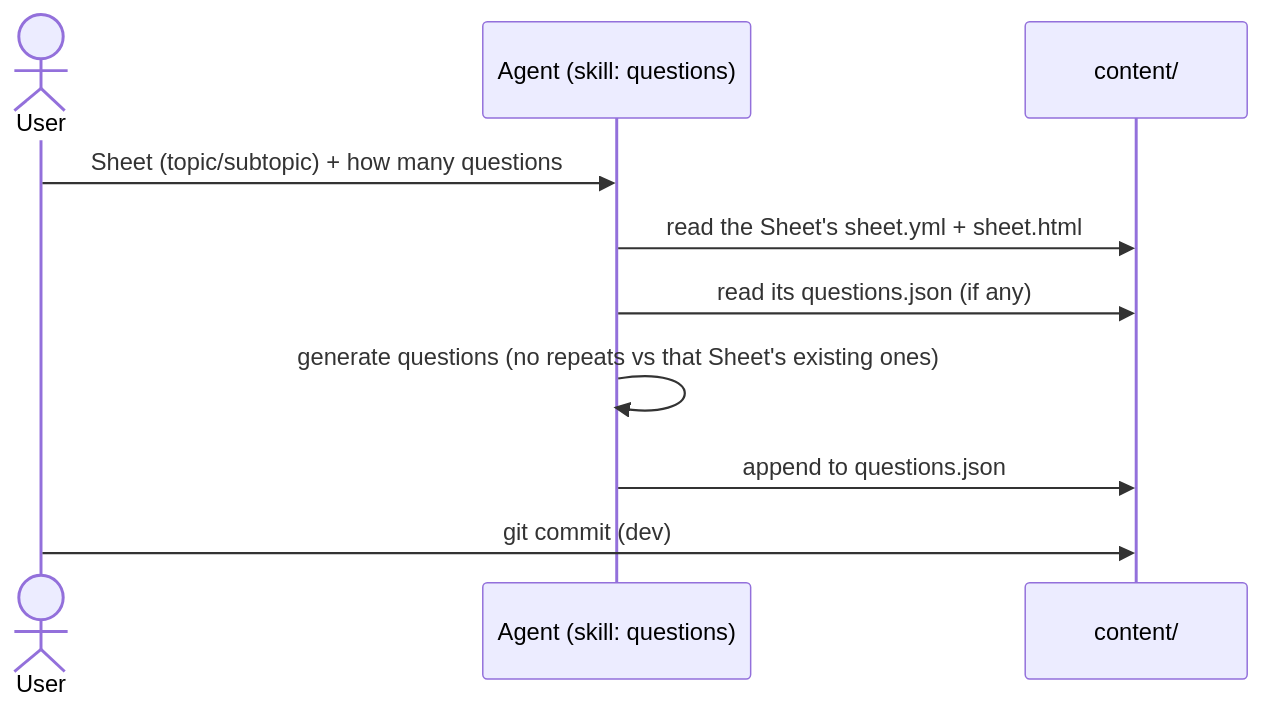
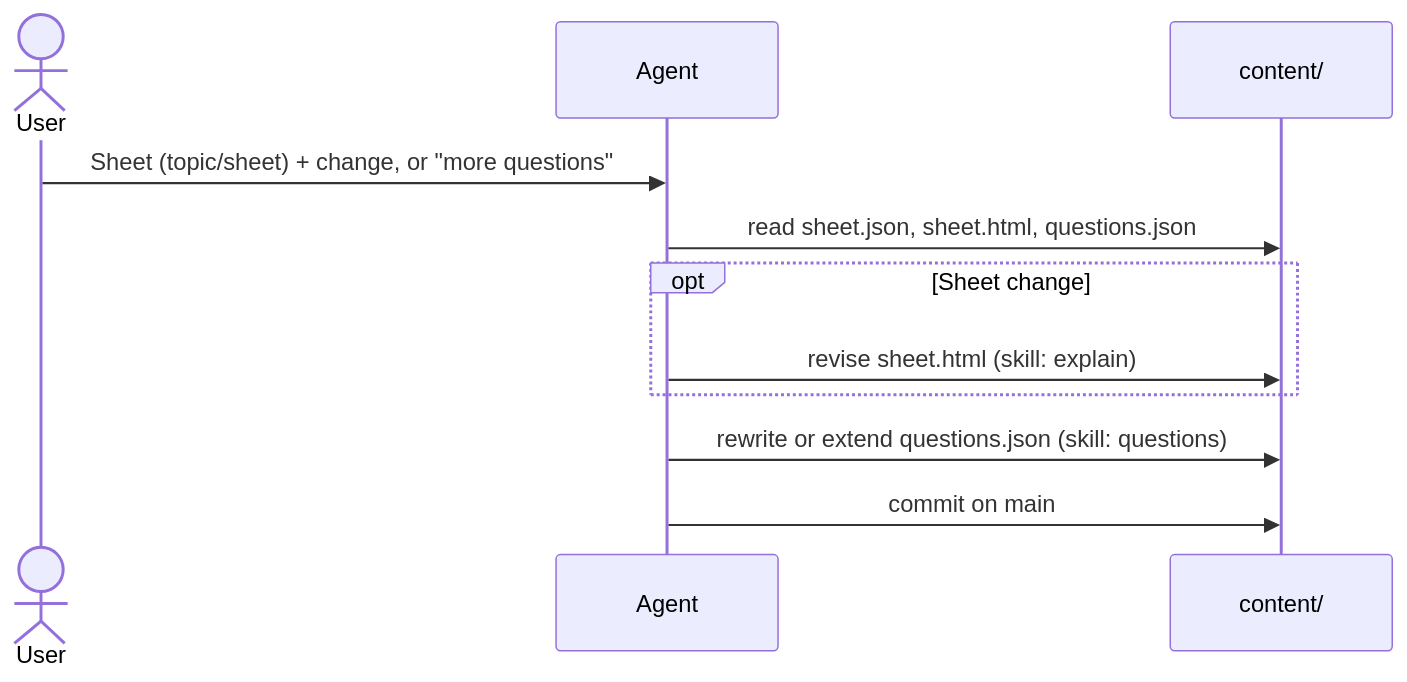
The fifth of 7 diagrams in docs/hldd/hldd.md (Povaz/cheatsheets), drawn with Mermaid before and after one commit. The commit also changed other lines of this file and 121 other files, not shown here.

First line of the commit message:
refactor: Agent-authored content, trunk-based flow, Topic > Sheet

````diff
--- a/docs/hldd/hldd.md
+++ b/docs/hldd/hldd.md
@@ -201,12 +248,13 @@
 ```mermaid
 sequenceDiagram
     actor U as User
-    participant A as Agent (skill: questions)
+    participant A as Agent
     participant C as content/
-    U->>A: Sheet (topic/subtopic) + how many questions
-    A->>C: read the Sheet's sheet.yml + sheet.html
-    A->>C: read its questions.json (if any)
-    A->>A: generate questions (no repeats vs that Sheet's existing ones)
-    A->>C: append to questions.json
-    U->>C: git commit (dev)
+    U->>A: Sheet (topic/sheet) + change, or "more questions"
+    A->>C: read sheet.json, sheet.html, questions.json
+    opt Sheet change
+        A->>C: revise sheet.html (skill: explain)
+    end
+    A->>C: rewrite or extend questions.json (skill: questions)
+    A->>C: commit on main
 ```
````
